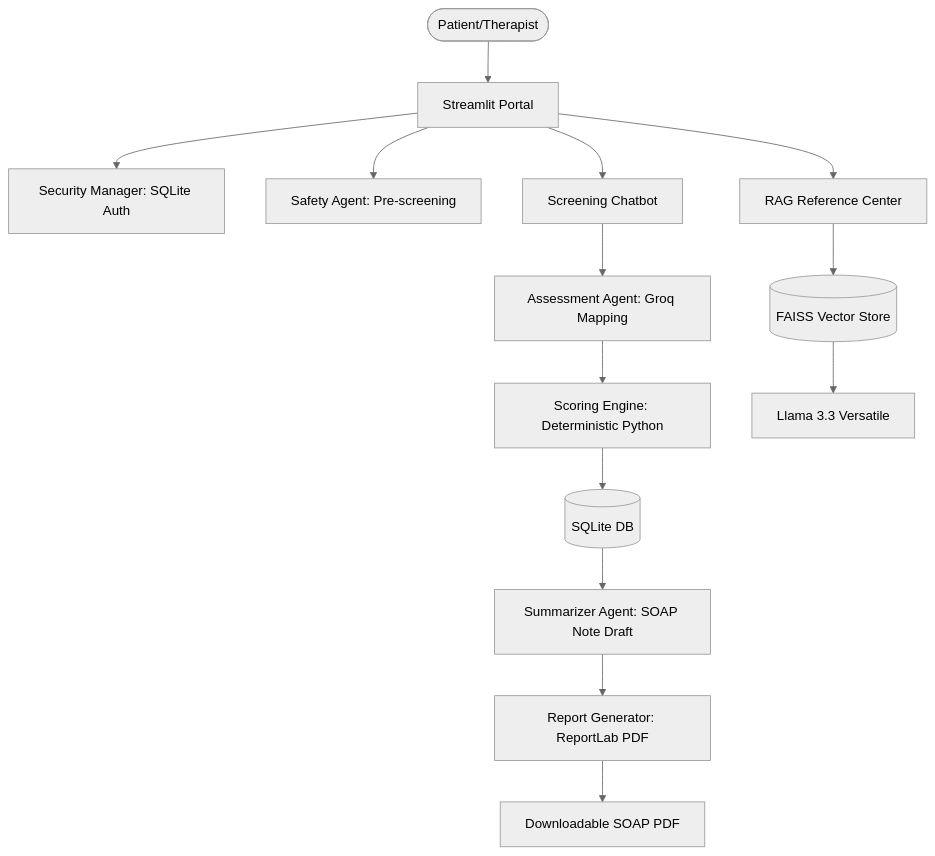
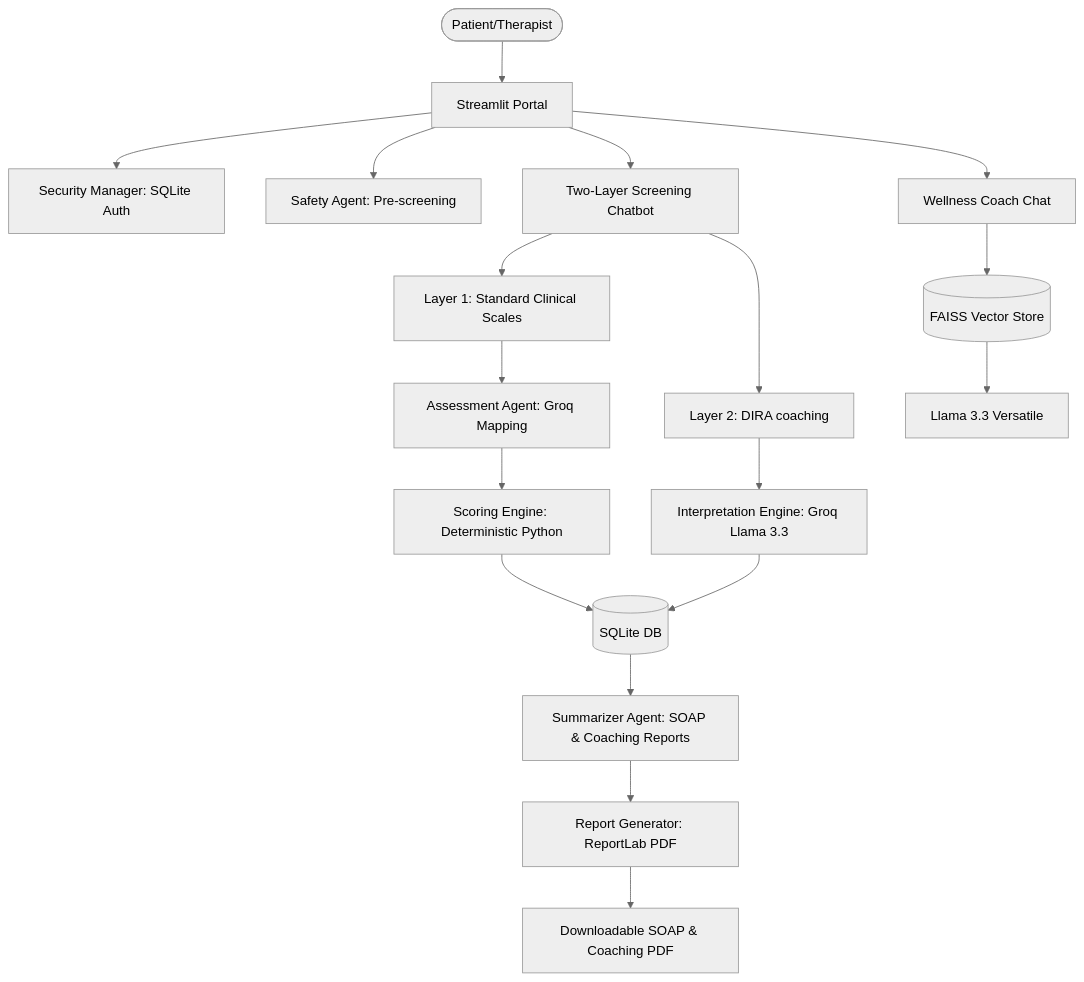
One commit to harivarshannn/medicare changed the diagram in README.md. Above: the diagram before and after it, drawn with Mermaid (neutral theme). The commit also changed other lines of this file and 15 other files, not shown here.

Commit message:
Implement 2-Layer Clinical & Coaching (DIRA) Architecture and Conversational RAG Wellness Coach Chatbot

````diff
--- a/README.md
+++ b/README.md
@@ -31,16 +33,20 @@
 ```mermaid
 graph TD
     User([Patient/Therapist]) --> UI[Streamlit Portal]
     UI --> Auth[Security Manager: SQLite Auth]
     UI --> Safety[Safety Agent: Pre-screening]
-    UI --> Chat[Screening Chatbot]
-    Chat --> Mapper[Assessment Agent: Groq Mapping]
+    UI --> Chat[Two-Layer Screening Chatbot]
+    Chat --> Layer1[Layer 1: Standard Clinical Scales]
+    Chat --> Layer2[Layer 2: DIRA coaching]
+    Layer1 --> Mapper[Assessment Agent: Groq Mapping]
     Mapper --> Score[Scoring Engine: Deterministic Python]
+    Layer2 --> Coaching[Interpretation Engine: Groq Llama 3.3]
     Score --> DB[(SQLite DB)]
-    UI --> RAG[RAG Reference Center]
+    Coaching --> DB
+    UI --> RAG[Wellness Coach Chat]
     RAG --> FAISS[(FAISS Vector Store)]
     FAISS --> LLM[Llama 3.3 Versatile]
-    DB --> SOAP[Summarizer Agent: SOAP Note Draft]
+    DB --> SOAP[Summarizer Agent: SOAP & Coaching Reports]
     SOAP --> Report[Report Generator: ReportLab PDF]
-    Report --> PDF[Downloadable SOAP PDF]
+    Report --> PDF[Downloadable SOAP & Coaching PDF]
 ```
````
